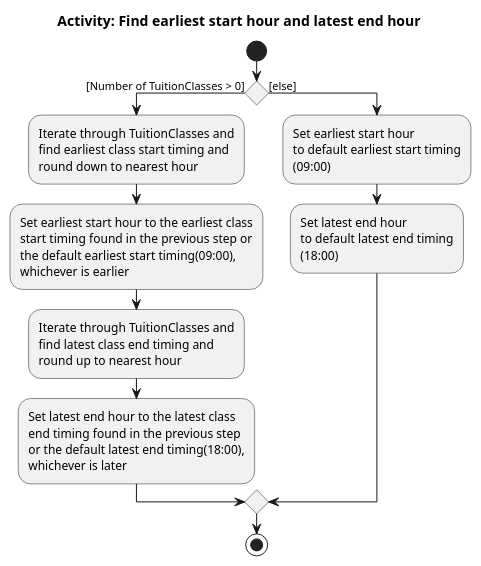
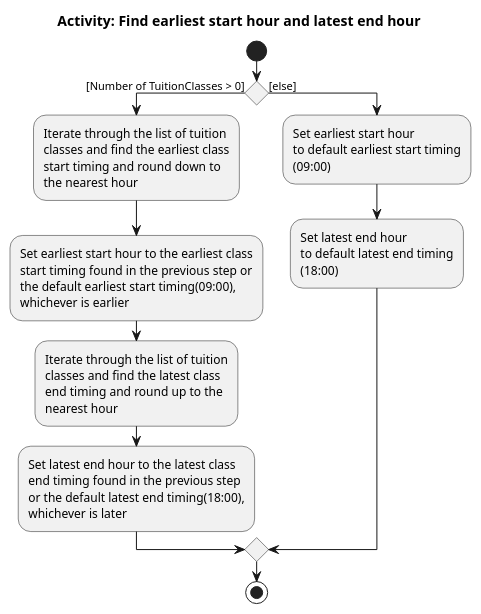
The diagram in docs/diagrams/FindEarliestAndLatestHourActivityDiagram.puml (softmagnet/tp), drawn with PlantUML before and after one commit. The commit also changed 7 other files, not shown here.

```diff
--- a/docs/diagrams/FindEarliestAndLatestHourActivityDiagram.puml
+++ b/docs/diagrams/FindEarliestAndLatestHourActivityDiagram.puml
@@ -1,17 +1,17 @@
 @startuml
 title: Activity: Find earliest start hour and latest end hour
 start
 if () then ([Number of TuitionClasses > 0])
-    :Iterate through TuitionClasses and\nfind earliest class start timing and\nround down to nearest hour;
+    :Iterate through the list of tuition\nclasses and find the earliest class\nstart timing and round down to\nthe nearest hour;
     :Set earliest start hour to the earliest class\nstart timing found in the previous step or\nthe default earliest start timing(09:00),\nwhichever is earlier;
-    :Iterate through TuitionClasses and\nfind latest class end timing and\nround up to nearest hour;
+    :Iterate through the list of tuition\nclasses and find the latest class\nend timing and round up to the\nnearest hour;
     :Set latest end hour to the latest class\nend timing found in the previous step\nor the default latest end timing(18:00),\nwhichever is later;
 
 
 else ([else])
     :Set earliest start hour\nto default earliest start timing\n(09:00);
     :Set latest end hour\nto default latest end timing\n(18:00);
 
 endif
 stop
 @enduml
```
